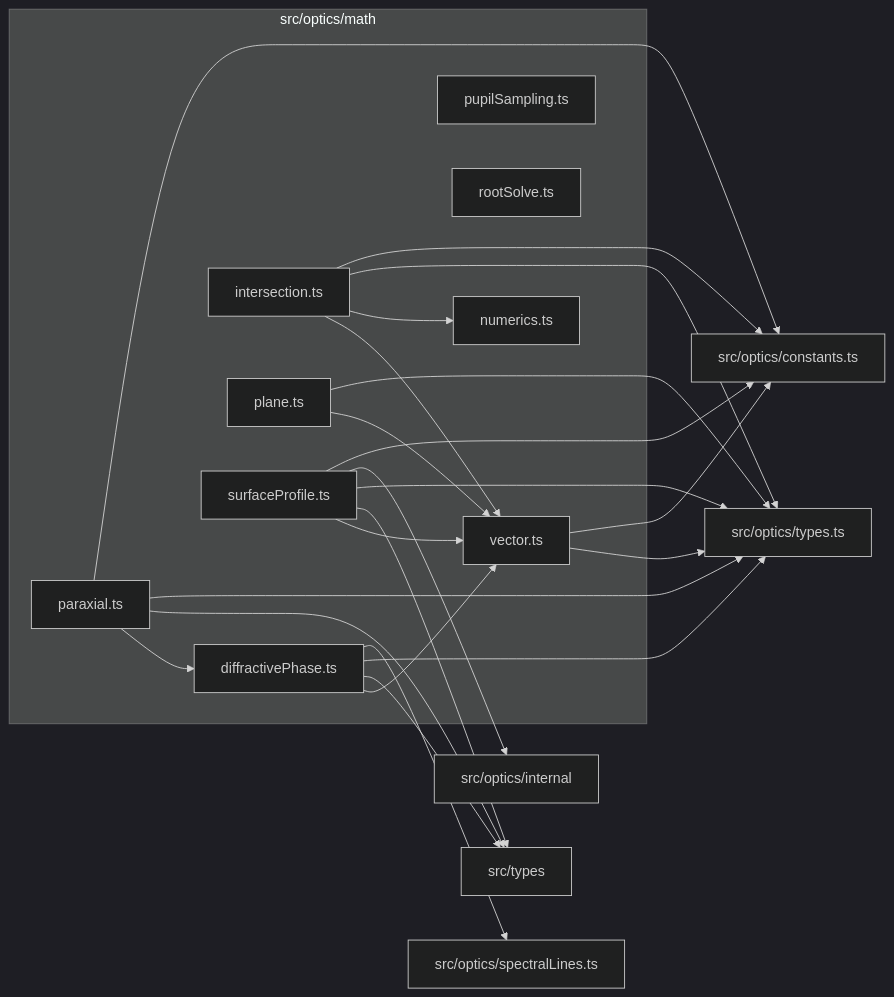
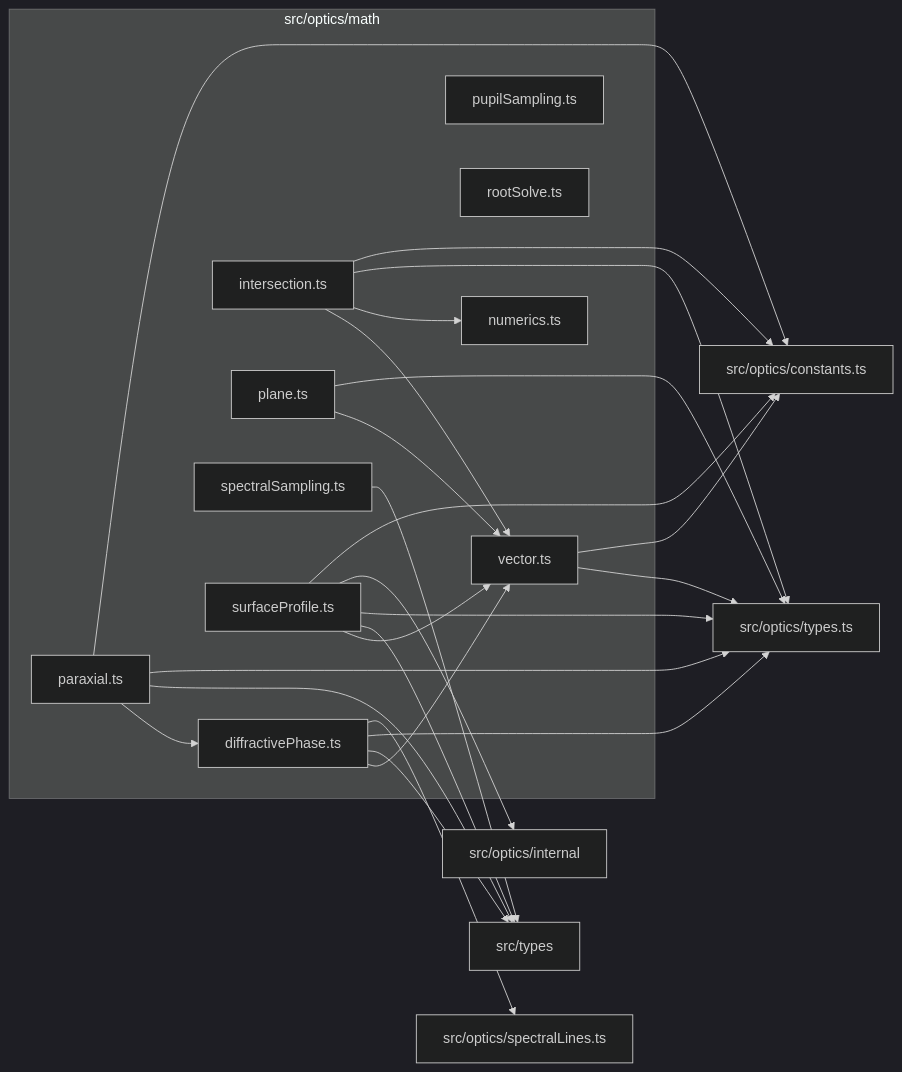
The diagram in src/optics/math/readme.md (ronbuening/LensVisualizer), drawn with Mermaid (dark theme) before and after one commit. The commit also changed other lines of this file and 26 other files, not shown here.

Commit message:
feat(optics): add sourced spectral throughput and encounter-aware losses

````diff
--- a/src/optics/math/readme.md
+++ b/src/optics/math/readme.md
@@ -9,40 +9,42 @@
 ```mermaid
 flowchart LR
   subgraph n_src_optics_math["src/optics/math"]
     n_src_optics_math_src_optics_math_diffractivePhase_ts["diffractivePhase.ts"]
     n_src_optics_math_src_optics_math_intersection_ts["intersection.ts"]
     n_src_optics_math_src_optics_math_numerics_ts["numerics.ts"]
     n_src_optics_math_src_optics_math_paraxial_ts["paraxial.ts"]
     n_src_optics_math_src_optics_math_plane_ts["plane.ts"]
     n_src_optics_math_src_optics_math_pupilSampling_ts["pupilSampling.ts"]
     n_src_optics_math_src_optics_math_rootSolve_ts["rootSolve.ts"]
+    n_src_optics_math_src_optics_math_spectralSampling_ts["spectralSampling.ts"]
     n_src_optics_math_src_optics_math_surfaceProfile_ts["surfaceProfile.ts"]
     n_src_optics_math_src_optics_math_vector_ts["vector.ts"]
   end
   n_external_src_optics_constants_ts["src/optics/constants.ts"]
   n_external_src_optics_internal["src/optics/internal"]
   n_external_src_optics_spectralLines_ts["src/optics/spectralLines.ts"]
   n_external_src_optics_types_ts["src/optics/types.ts"]
   n_external_src_types["src/types"]
   n_src_optics_math_src_optics_math_intersection_ts --> n_external_src_optics_constants_ts
   n_src_optics_math_src_optics_math_paraxial_ts --> n_external_src_optics_constants_ts
   n_src_optics_math_src_optics_math_surfaceProfile_ts --> n_external_src_optics_constants_ts
   n_src_optics_math_src_optics_math_vector_ts --> n_external_src_optics_constants_ts
   n_src_optics_math_src_optics_math_surfaceProfile_ts --> n_external_src_optics_internal
   n_src_optics_math_src_optics_math_diffractivePhase_ts --> n_external_src_optics_spectralLines_ts
   n_src_optics_math_src_optics_math_diffractivePhase_ts --> n_external_src_optics_types_ts
   n_src_optics_math_src_optics_math_intersection_ts --> n_external_src_optics_types_ts
   n_src_optics_math_src_optics_math_paraxial_ts --> n_external_src_optics_types_ts
   n_src_optics_math_src_optics_math_plane_ts --> n_external_src_optics_types_ts
   n_src_optics_math_src_optics_math_surfaceProfile_ts --> n_external_src_optics_types_ts
   n_src_optics_math_src_optics_math_vector_ts --> n_external_src_optics_types_ts
   n_src_optics_math_src_optics_math_diffractivePhase_ts --> n_external_src_types
   n_src_optics_math_src_optics_math_paraxial_ts --> n_external_src_types
+  n_src_optics_math_src_optics_math_spectralSampling_ts --> n_external_src_types
   n_src_optics_math_src_optics_math_surfaceProfile_ts --> n_external_src_types
   n_src_optics_math_src_optics_math_paraxial_ts --> n_src_optics_math_src_optics_math_diffractivePhase_ts
   n_src_optics_math_src_optics_math_intersection_ts --> n_src_optics_math_src_optics_math_numerics_ts
   n_src_optics_math_src_optics_math_diffractivePhase_ts --> n_src_optics_math_src_optics_math_vector_ts
   n_src_optics_math_src_optics_math_intersection_ts --> n_src_optics_math_src_optics_math_vector_ts
   n_src_optics_math_src_optics_math_plane_ts --> n_src_optics_math_src_optics_math_vector_ts
   n_src_optics_math_src_optics_math_surfaceProfile_ts --> n_src_optics_math_src_optics_math_vector_ts
 ```
````
